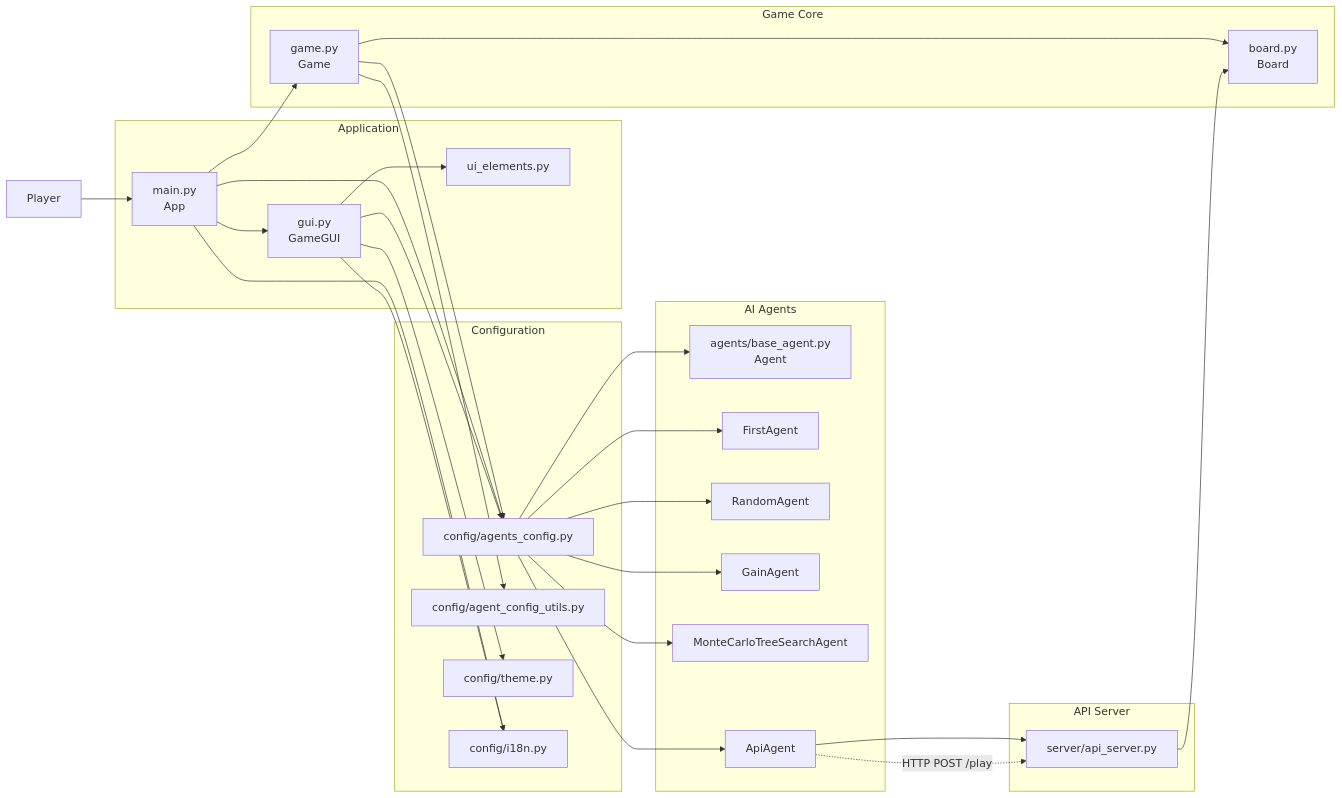
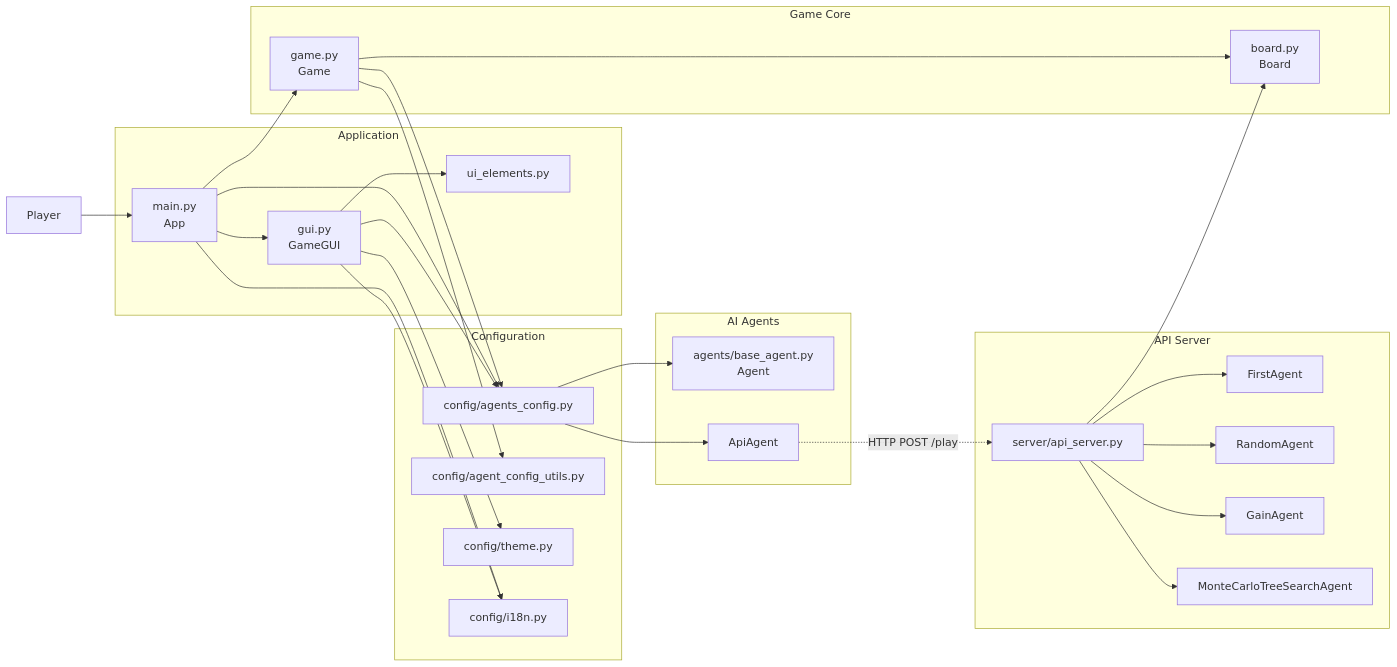
Before and after one commit to katoy/study-gemini2: the first of 2 diagrams in reversi-py/README.md, drawn with Mermaid. The commit also changed other lines of this file, not shown here.

````diff
--- a/reversi-py/README.md
+++ b/reversi-py/README.md
@@ -32,61 +31,60 @@
 ```mermaid
 flowchart LR
     User[Player]
 
     subgraph App["Application"]
         Main["main.py<br/>App"]
         GUI["gui.py<br/>GameGUI"]
         UIE["ui_elements.py"]
     end
 
     subgraph Core["Game Core"]
         Game["game.py<br/>Game"]
         Board["board.py<br/>Board"]
     end
 
     subgraph Agents["AI Agents"]
         Base["agents/base_agent.py<br/>Agent"]
-        First["FirstAgent"]
-        Random["RandomAgent"]
-        Gain["GainAgent"]
-        MCTS["MonteCarloTreeSearchAgent"]
         API["ApiAgent"]
     end
 
     subgraph Config["Configuration"]
         AgentsCfg["config/agents_config.py"]
         Params["config/agent_config_utils.py"]
         Theme["config/theme.py"]
         I18n["config/i18n.py"]
     end
 
     subgraph Server["API Server"]
         APIServer["server/api_server.py"]
+        First["FirstAgent"]
+        Random["RandomAgent"]
+        Gain["GainAgent"]
+        MCTS["MonteCarloTreeSearchAgent"]
     end
 
     User --> Main
     Main --> GUI
     Main --> Game
     Main --> I18n
     Main --> AgentsCfg
 
     GUI --> UIE
     GUI --> Theme
     GUI --> AgentsCfg
     GUI --> I18n
 
     Game --> Board
     Game --> AgentsCfg
     Game --> Params
 
     AgentsCfg --> Base
-    AgentsCfg --> First
-    AgentsCfg --> Random
-    AgentsCfg --> Gain
-    AgentsCfg --> MCTS
     AgentsCfg --> API
 
-    API --> APIServer
+    API -.->|HTTP POST /play| APIServer
+    APIServer --> First
+    APIServer --> Random
+    APIServer --> Gain
+    APIServer --> MCTS
     APIServer --> Board
-    API -.->|HTTP POST /play| APIServer
 ```
````
